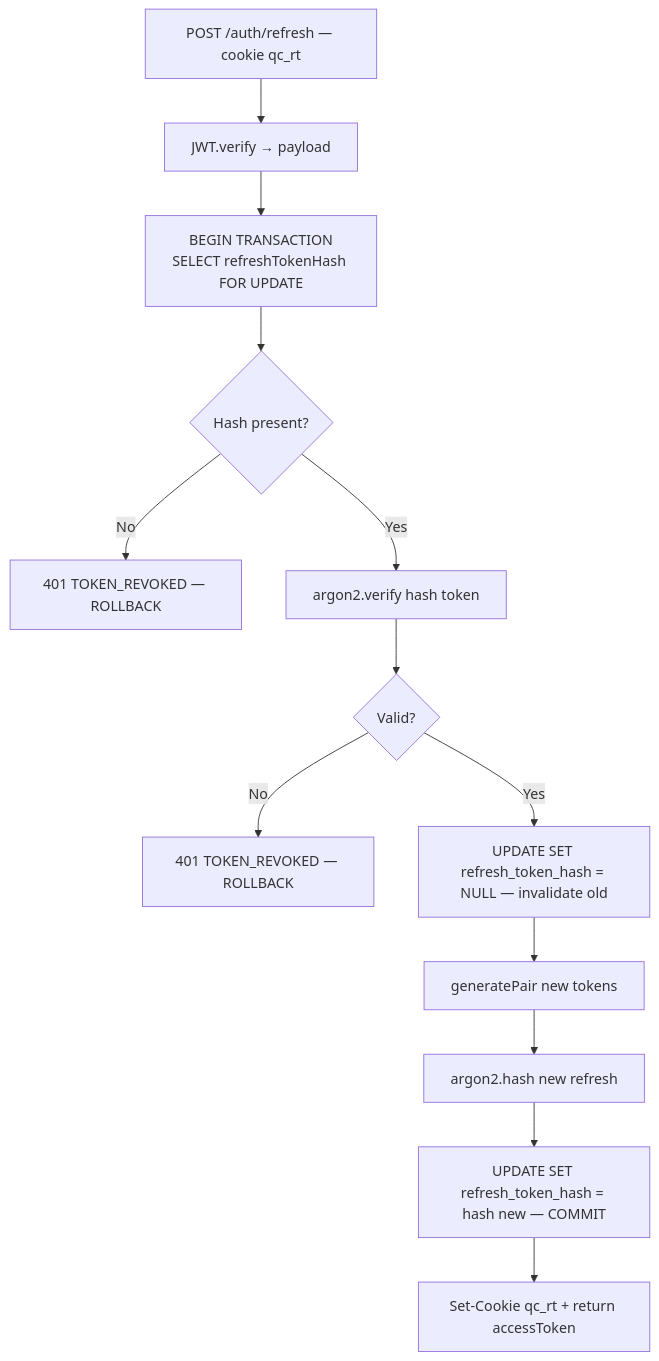
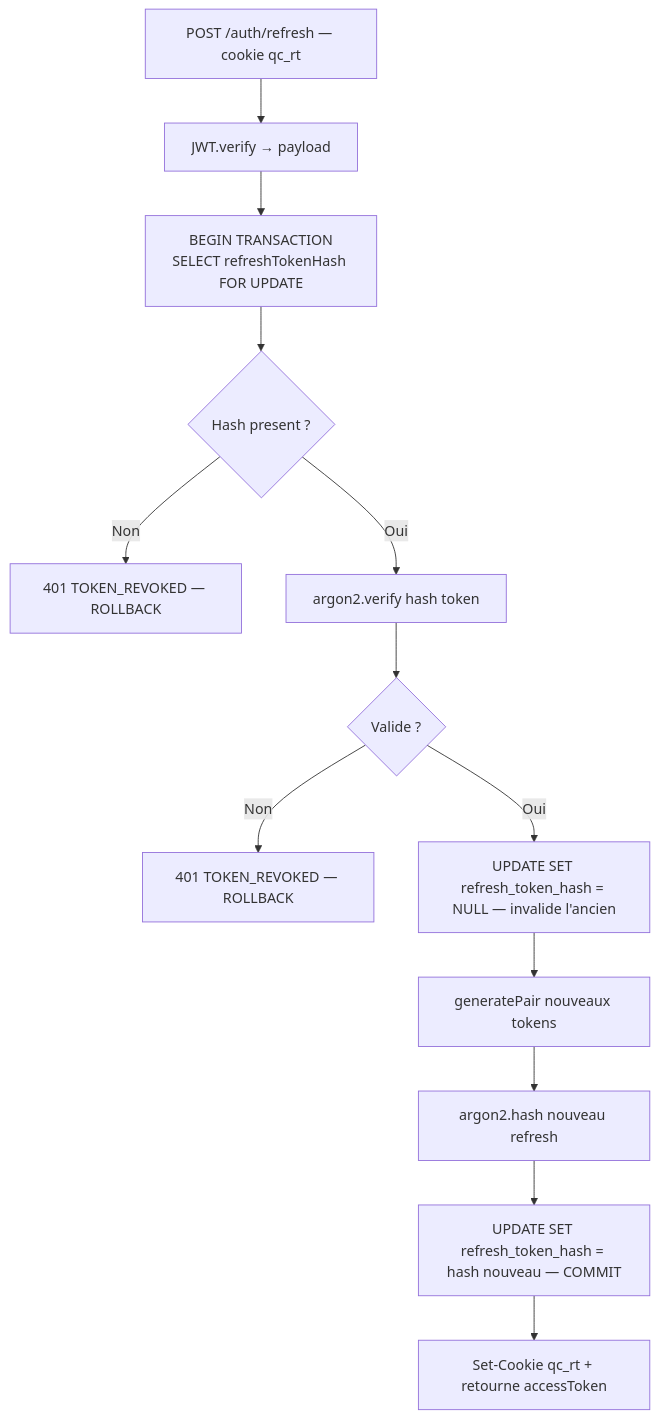
The second of 2 diagrams in docs/SECURITY.md (creibaud/QuartierConnect), drawn with Mermaid before and after one commit. The commit also changed other lines of this file and 5 other files, not shown here.

````diff
--- a/docs/SECURITY.md
+++ b/docs/SECURITY.md
@@ -200,15 +200,15 @@
 ```mermaid
 flowchart TD
     A[POST /auth/refresh — cookie qc_rt] --> B[JWT.verify → payload]
     B --> C["BEGIN TRANSACTION<br/>SELECT refreshTokenHash FOR UPDATE"]
-    C --> D{Hash present?}
-    D -->|No| E[401 TOKEN_REVOKED — ROLLBACK]
-    D -->|Yes| F[argon2.verify hash token]
-    F --> G{Valid?}
-    G -->|No| H[401 TOKEN_REVOKED — ROLLBACK]
-    G -->|Yes| I[UPDATE SET refresh_token_hash = NULL — invalidate old]
-    I --> J[generatePair new tokens]
-    J --> K[argon2.hash new refresh]
-    K --> L[UPDATE SET refresh_token_hash = hash new — COMMIT]
-    L --> M[Set-Cookie qc_rt + return accessToken]
+    C --> D{Hash present ?}
+    D -->|Non| E[401 TOKEN_REVOKED — ROLLBACK]
+    D -->|Oui| F[argon2.verify hash token]
+    F --> G{Valide ?}
+    G -->|Non| H[401 TOKEN_REVOKED — ROLLBACK]
+    G -->|Oui| I[UPDATE SET refresh_token_hash = NULL — invalide l'ancien]
+    I --> J[generatePair nouveaux tokens]
+    J --> K[argon2.hash nouveau refresh]
+    K --> L[UPDATE SET refresh_token_hash = hash nouveau — COMMIT]
+    L --> M[Set-Cookie qc_rt + retourne accessToken]
 ```
````
